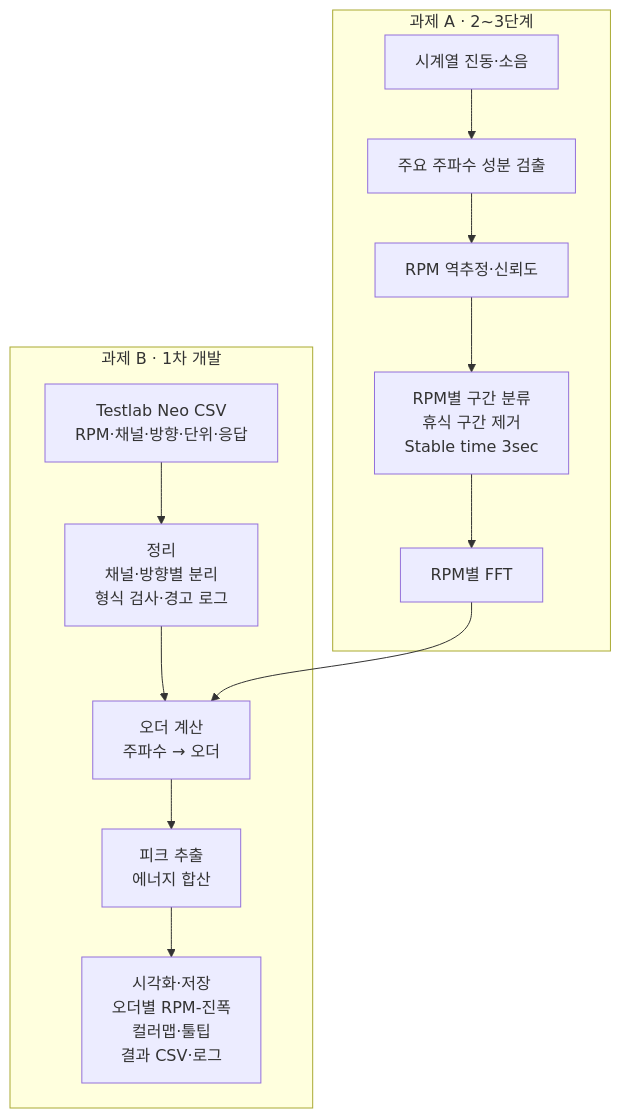
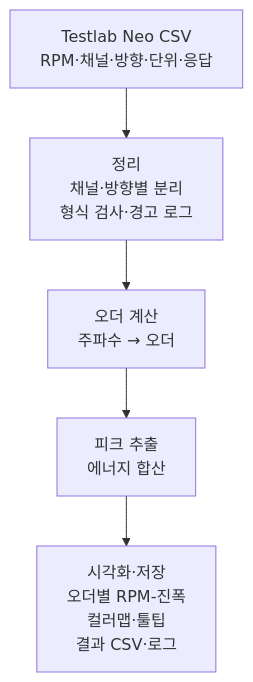
The diagram in docs/01_프로젝트_기획서.md (aebonlee/data09-06), drawn with Mermaid before and after one commit. The commit also changed other lines of this file and 3 other files, not shown here.

````diff
--- a/docs/01_프로젝트_기획서.md
+++ b/docs/01_프로젝트_기획서.md
@@ -59,16 +42,7 @@
 ```mermaid
 flowchart TD
-  subgraph B[과제 B · 1차 개발]
-    B1[Testlab Neo CSV<br/>RPM·채널·방향·단위·응답] --> B2[정리<br/>채널·방향별 분리<br/>형식 검사·경고 로그]
-    B2 --> B3[오더 계산<br/>주파수 → 오더]
-    B3 --> B4[피크 추출<br/>에너지 합산]
-    B4 --> B5[시각화·저장<br/>오더별 RPM-진폭<br/>컬러맵·툴팁<br/>결과 CSV·로그]
-  end
-  subgraph A[과제 A · 2~3단계]
-    A1[시계열 진동·소음] --> A2[주요 주파수 성분 검출]
-    A2 --> A3[RPM 역추정·신뢰도]
-    A3 --> A4[RPM별 구간 분류<br/>휴식 구간 제거<br/>Stable time 3sec]
-    A4 --> A5[RPM별 FFT]
-  end
-  A5 --> B3
+  B1[Testlab Neo CSV<br/>RPM·채널·방향·단위·응답] --> B2[정리<br/>채널·방향별 분리<br/>형식 검사·경고 로그]
+  B2 --> B3[오더 계산<br/>주파수 → 오더]
+  B3 --> B4[피크 추출<br/>에너지 합산]
+  B4 --> B5[시각화·저장<br/>오더별 RPM-진폭<br/>컬러맵·툴팁<br/>결과 CSV·로그]
 ```
````
